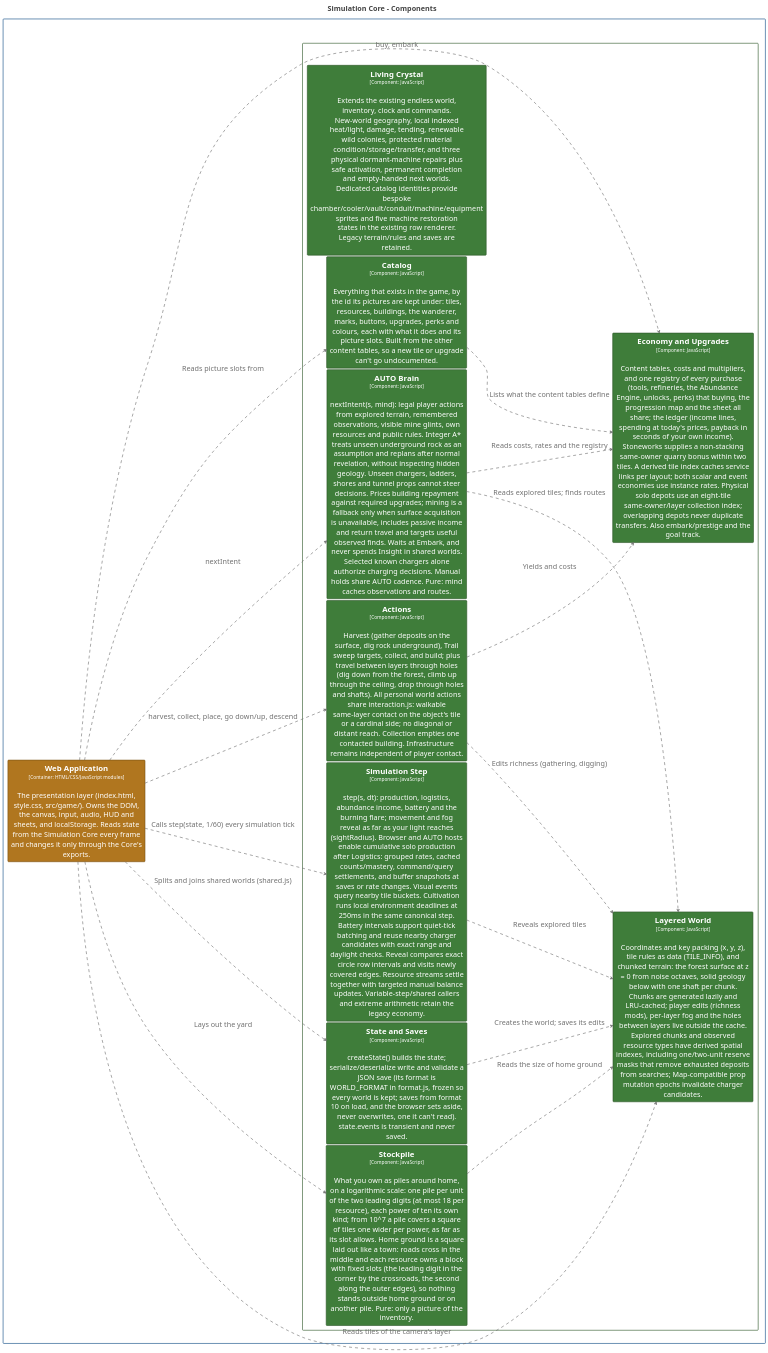
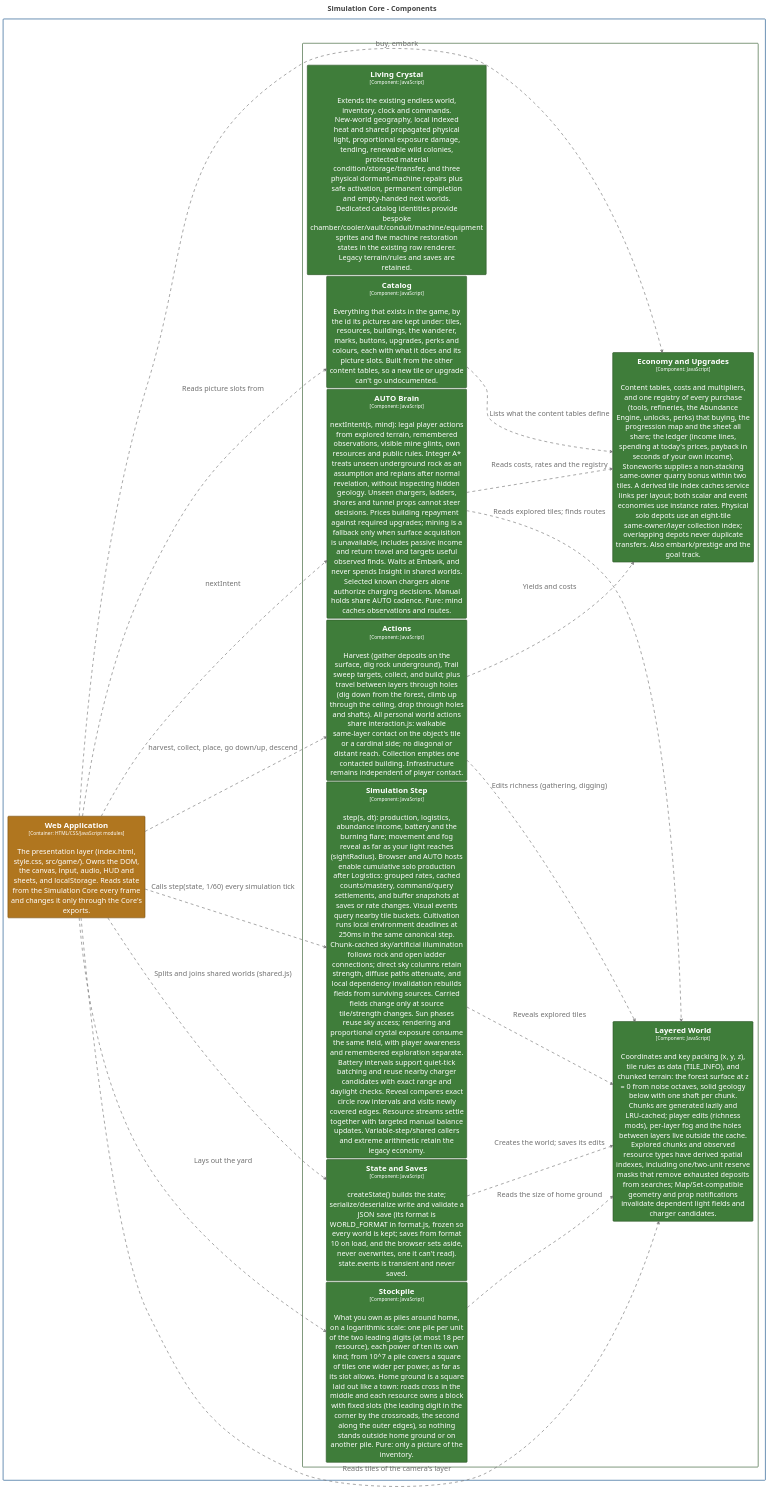
Before and after one commit to bitkojine/more-than-enough: the diagram in structurizr/diagrams/CoreComponents.puml, drawn with PlantUML. The commit also changed 36 other files, not shown here.

Commit message:
Unify physical lighting across layers, crystal exposure and rendering

```diff
--- a/structurizr/diagrams/CoreComponents.puml
+++ b/structurizr/diagrams/CoreComponents.puml
@@ -72,10 +72,10 @@
 
 rectangle "MORE THAN ENOUGH\n<size:16>[Software System]</size>" <<Boundary-TU9SRSBUSEFOIEVOT1VHSA==>> {
   rectangle "Simulation Core\n<size:16>[Container: JavaScript modules (browser + Node)]</size>" <<Boundary-U2ltdWxhdGlvbiBDb3Jl>> {
-    rectangle "==Living Crystal\n<size:16>[Component: JavaScript]</size>\n\nExtends the existing endless world, inventory, clock and commands. New-world geography, local indexed heat/light, damage, tending, renewable wild colonies, protected material condition/storage/transfer, and three physical dormant-machine repairs plus safe activation, permanent completion and empty-handed next worlds. Dedicated catalog identities provide bespoke chamber/cooler/vault/conduit/machine/equipment sprites and five machine restoration states in the existing row renderer. Legacy terrain/rules and saves are retained." <<Element-RWxlbWVudCxDb21wb25lbnQsQ29yZSBFbmdpbmU=>> as MORETHANENOUGH.SimulationCore.LivingCrystal
-    rectangle "==Layered World\n<size:16>[Component: JavaScript]</size>\n\nCoordinates and key packing (x, y, z), tile rules as data (TILE_INFO), and chunked terrain: the forest surface at z = 0 from noise octaves, solid geology below with one shaft per chunk. Chunks are generated lazily and LRU-cached; player edits (richness mods), per-layer fog and the holes between layers live outside the cache. Explored chunks and observed resource types have derived spatial indexes, including one/two-unit reserve masks that remove exhausted deposits from searches; Map-compatible prop mutation epochs invalidate charger candidates." <<Element-RWxlbWVudCxDb21wb25lbnQsQ29yZSBFbmdpbmU=>> as MORETHANENOUGH.SimulationCore.LayeredWorld
+    rectangle "==Living Crystal\n<size:16>[Component: JavaScript]</size>\n\nExtends the existing endless world, inventory, clock and commands. New-world geography, local indexed heat and shared propagated physical light, proportional exposure damage, tending, renewable wild colonies, protected material condition/storage/transfer, and three physical dormant-machine repairs plus safe activation, permanent completion and empty-handed next worlds. Dedicated catalog identities provide bespoke chamber/cooler/vault/conduit/machine/equipment sprites and five machine restoration states in the existing row renderer. Legacy terrain/rules and saves are retained." <<Element-RWxlbWVudCxDb21wb25lbnQsQ29yZSBFbmdpbmU=>> as MORETHANENOUGH.SimulationCore.LivingCrystal
+    rectangle "==Layered World\n<size:16>[Component: JavaScript]</size>\n\nCoordinates and key packing (x, y, z), tile rules as data (TILE_INFO), and chunked terrain: the forest surface at z = 0 from noise octaves, solid geology below with one shaft per chunk. Chunks are generated lazily and LRU-cached; player edits (richness mods), per-layer fog and the holes between layers live outside the cache. Explored chunks and observed resource types have derived spatial indexes, including one/two-unit reserve masks that remove exhausted deposits from searches; Map/Set-compatible geometry and prop notifications invalidate dependent light fields and charger candidates." <<Element-RWxlbWVudCxDb21wb25lbnQsQ29yZSBFbmdpbmU=>> as MORETHANENOUGH.SimulationCore.LayeredWorld
     rectangle "==State and Saves\n<size:16>[Component: JavaScript]</size>\n\ncreateState() builds the state; serialize/deserialize write and validate a JSON save (its format is WORLD_FORMAT in format.js, frozen so every world is kept; saves from format 10 on load, and the browser sets aside, never overwrites, one it can't read). state.events is transient and never saved." <<Element-RWxlbWVudCxDb21wb25lbnQsQ29yZSBFbmdpbmU=>> as MORETHANENOUGH.SimulationCore.StateandSaves
-    rectangle "==Simulation Step\n<size:16>[Component: JavaScript]</size>\n\nstep(s, dt): production, logistics, abundance income, battery and the burning flare; movement and fog reveal as far as your light reaches (sightRadius). Browser and AUTO hosts enable cumulative solo production after Logistics: grouped rates, cached counts/mastery, command/query settlements, and buffer snapshots at saves or rate changes. Visual events query nearby tile buckets. Cultivation runs local environment deadlines at 250ms in the same canonical step. Battery intervals support quiet-tick batching and reuse nearby charger candidates with exact range and daylight checks. Reveal compares exact circle row intervals and visits newly covered edges. Resource streams settle together with targeted manual balance updates. Variable-step/shared callers and extreme arithmetic retain the legacy economy." <<Element-RWxlbWVudCxDb21wb25lbnQsQ29yZSBFbmdpbmU=>> as MORETHANENOUGH.SimulationCore.SimulationStep
+    rectangle "==Simulation Step\n<size:16>[Component: JavaScript]</size>\n\nstep(s, dt): production, logistics, abundance income, battery and the burning flare; movement and fog reveal as far as your light reaches (sightRadius). Browser and AUTO hosts enable cumulative solo production after Logistics: grouped rates, cached counts/mastery, command/query settlements, and buffer snapshots at saves or rate changes. Visual events query nearby tile buckets. Cultivation runs local environment deadlines at 250ms in the same canonical step. Chunk-cached sky/artificial illumination follows rock and open ladder connections; direct sky columns retain strength, diffuse paths attenuate, and local dependency invalidation rebuilds fields from surviving sources. Carried fields change only at source tile/strength changes. Sun phases reuse sky access; rendering and proportional crystal exposure consume the same field, with player awareness and remembered exploration separate. Battery intervals support quiet-tick batching and reuse nearby charger candidates with exact range and daylight checks. Reveal compares exact circle row intervals and visits newly covered edges. Resource streams settle together with targeted manual balance updates. Variable-step/shared callers and extreme arithmetic retain the legacy economy." <<Element-RWxlbWVudCxDb21wb25lbnQsQ29yZSBFbmdpbmU=>> as MORETHANENOUGH.SimulationCore.SimulationStep
     rectangle "==Actions\n<size:16>[Component: JavaScript]</size>\n\nHarvest (gather deposits on the surface, dig rock underground), Trail sweep targets, collect, and build; plus travel between layers through holes (dig down from the forest, climb up through the ceiling, drop through holes and shafts). All personal world actions share interaction.js: walkable same-layer contact on the object's tile or a cardinal side; no diagonal or distant reach. Collection empties one contacted building. Infrastructure remains independent of player contact." <<Element-RWxlbWVudCxDb21wb25lbnQsQ29yZSBFbmdpbmU=>> as MORETHANENOUGH.SimulationCore.Actions
     rectangle "==AUTO Brain\n<size:16>[Component: JavaScript]</size>\n\nnextIntent(s, mind): legal player actions from explored terrain, remembered observations, visible mine glints, own resources and public rules. Integer A* treats unseen underground rock as an assumption and replans after normal revelation, without inspecting hidden geology. Unseen chargers, ladders, shores and tunnel props cannot steer decisions. Prices building repayment against required upgrades; mining is a fallback only when surface acquisition is unavailable, includes passive income and return travel and targets useful observed finds. Waits at Embark, and never spends Insight in shared worlds. Selected known chargers alone authorize charging decisions. Manual holds share AUTO cadence. Pure: mind caches observations and routes." <<Element-RWxlbWVudCxDb21wb25lbnQsQ29yZSBFbmdpbmU=>> as MORETHANENOUGH.SimulationCore.AUTOBrain
     rectangle "==Stockpile\n<size:16>[Component: JavaScript]</size>\n\nWhat you own as piles around home, on a logarithmic scale: one pile per unit of the two leading digits (at most 18 per resource), each power of ten its own kind; from 10^7 a pile covers a square of tiles one wider per power, as far as its slot allows. Home ground is a square laid out like a town: roads cross in the middle and each resource owns a block with fixed slots (the leading digit in the corner by the crossroads, the second along the outer edges), so nothing stands outside home ground or on another pile. Pure: only a picture of the inventory." <<Element-RWxlbWVudCxDb21wb25lbnQsQ29yZSBFbmdpbmU=>> as MORETHANENOUGH.SimulationCore.Stockpile
```
